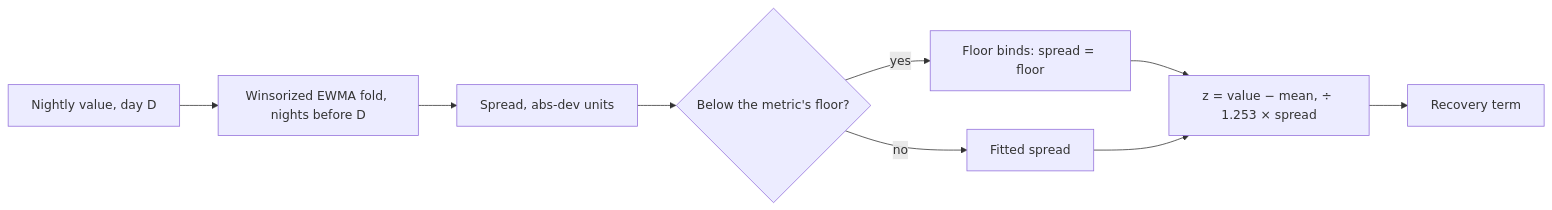
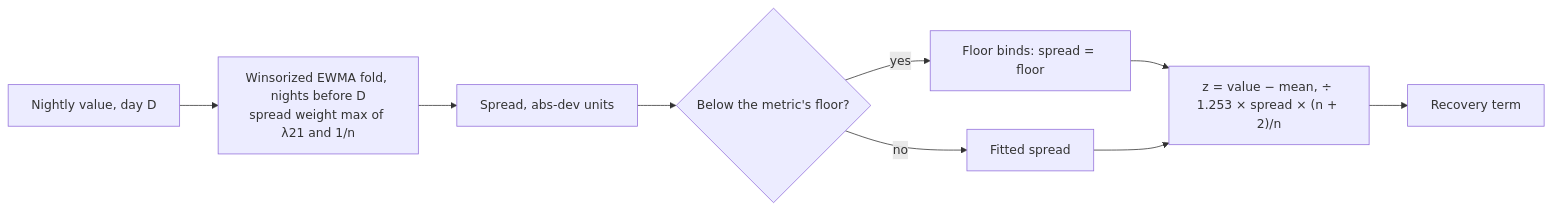
One commit to RohitDhatrak/pulse changed the second of 2 diagrams in docs/data-notes.md. Above: the diagram before and after it, drawn with Mermaid. The commit also changed other lines of this file and 19 other files, not shown here.

````diff
--- a/docs/data-notes.md
+++ b/docs/data-notes.md
@@ -328,11 +328,11 @@
 ```mermaid
 flowchart LR
-  N[Nightly value, day D] --> F[Winsorized EWMA fold, nights before D]
+  N[Nightly value, day D] --> F[Winsorized EWMA fold, nights before D<br/>spread weight max of λ21 and 1/n]
   F --> S[Spread, abs-dev units]
   S --> FL{Below the metric's floor?}
   FL -->|yes| B[Floor binds: spread = floor]
   FL -->|no| K[Fitted spread]
-  B --> Z[z = value − mean, ÷ 1.253 × spread]
+  B --> Z["z = value − mean, ÷ 1.253 × spread × (n + 2)/n"]
   K --> Z
   Z --> R[Recovery term]
 ```
````
